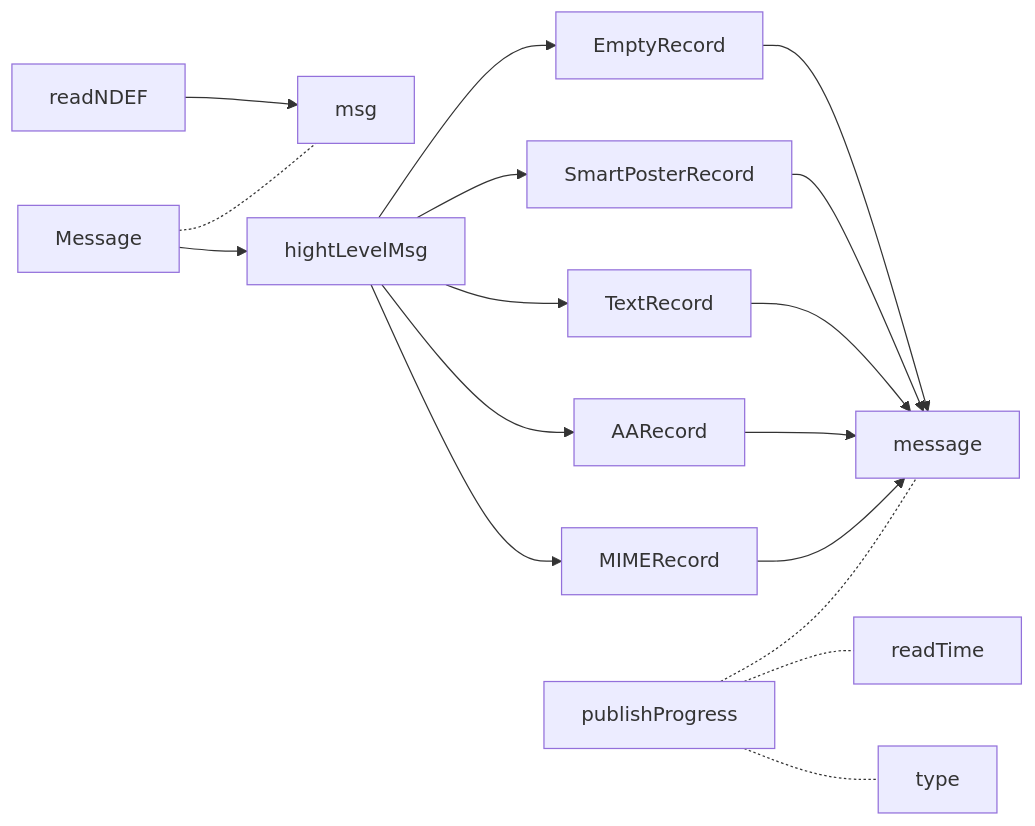
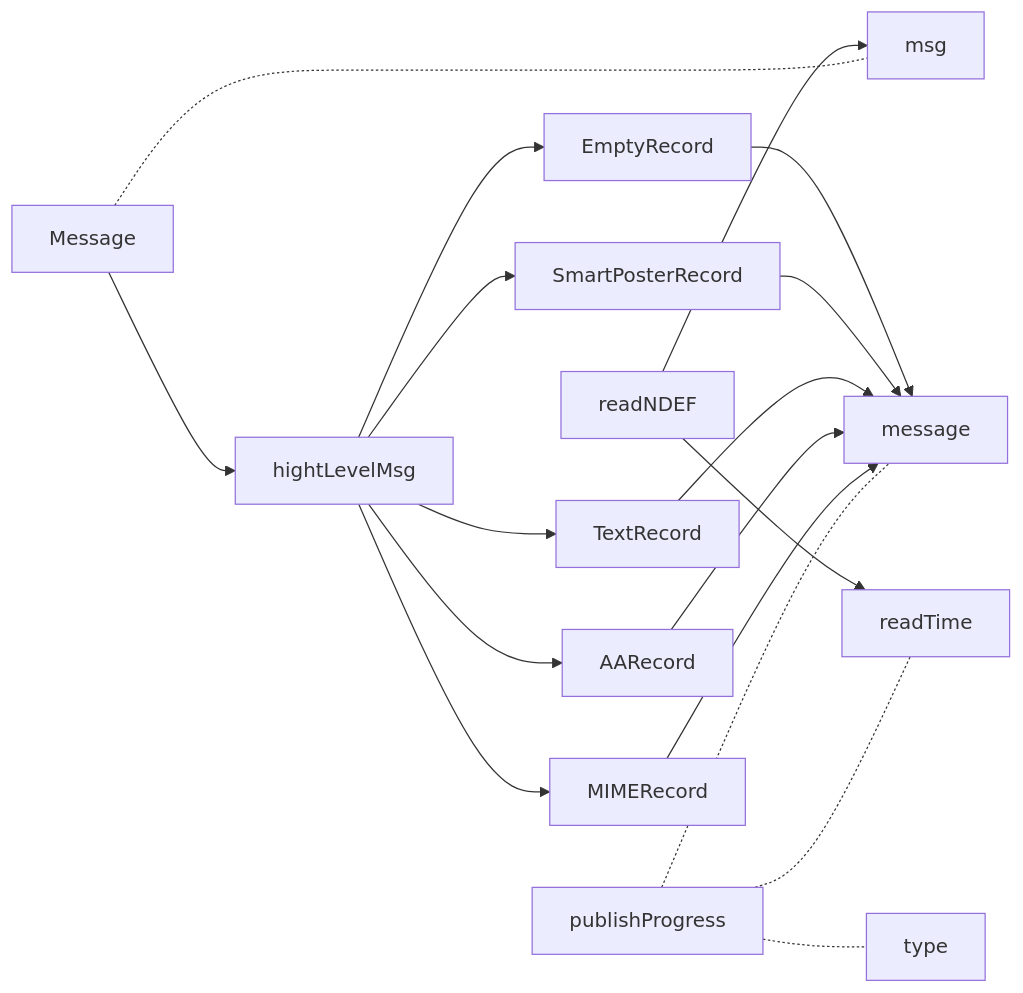
One commit to gordianknotC/nxp_note changed the third of 3 diagrams in nxp/Demo.md. Above: the diagram before and after it, drawn with Mermaid. The commit also changed other lines of this file, not shown here.

````diff
--- a/nxp/Demo.md
+++ b/nxp/Demo.md
@@ -129,25 +129,26 @@
 ```mermaid
 graph LR
 msg
 
+readNDEF --> readTime
 readNDEF --> msg
 Message -.- msg
 Message --> hightLevelMsg
 hightLevelMsg--> EmptyRecord
 hightLevelMsg--> SmartPosterRecord
 hightLevelMsg--> TextRecord
 hightLevelMsg--> AARecord
 hightLevelMsg--> MIMERecord
 
 EmptyRecord --> message
 SmartPosterRecord--> message
 TextRecord--> message
 AARecord--> message
 MIMERecord--> message
 
 readTime
 type
 publishProgress -.- message
 publishProgress -.- readTime
 publishProgress -.- type
 ```
````
